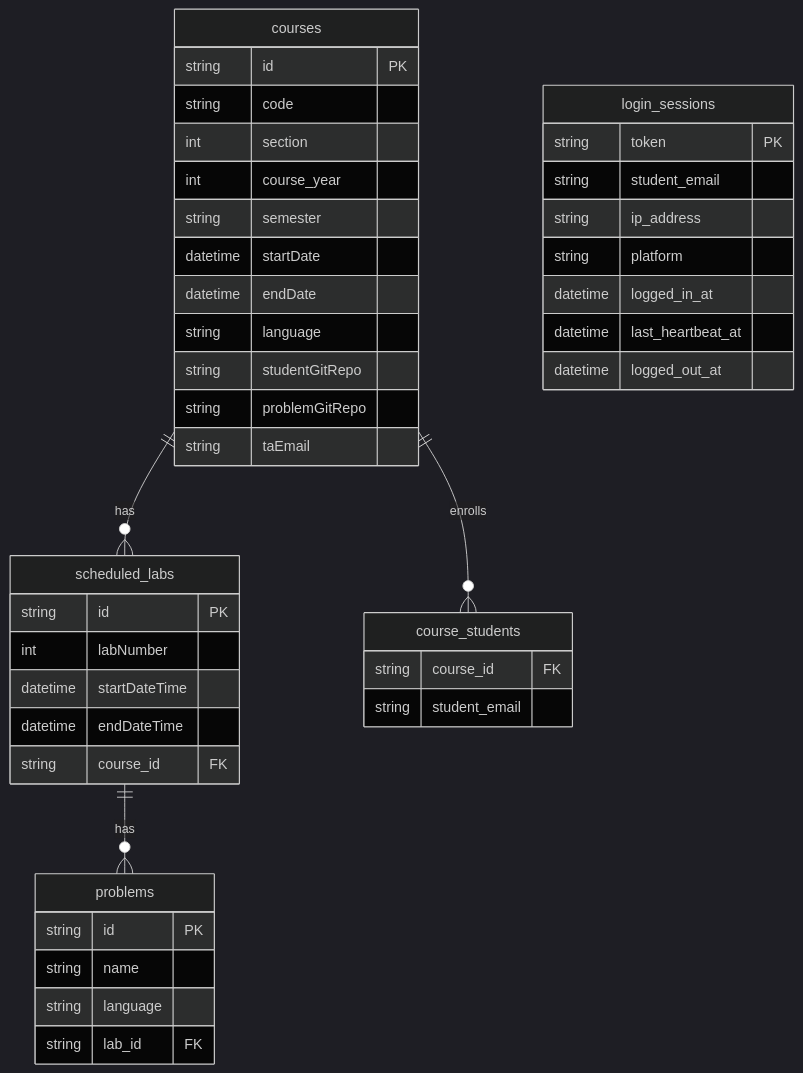
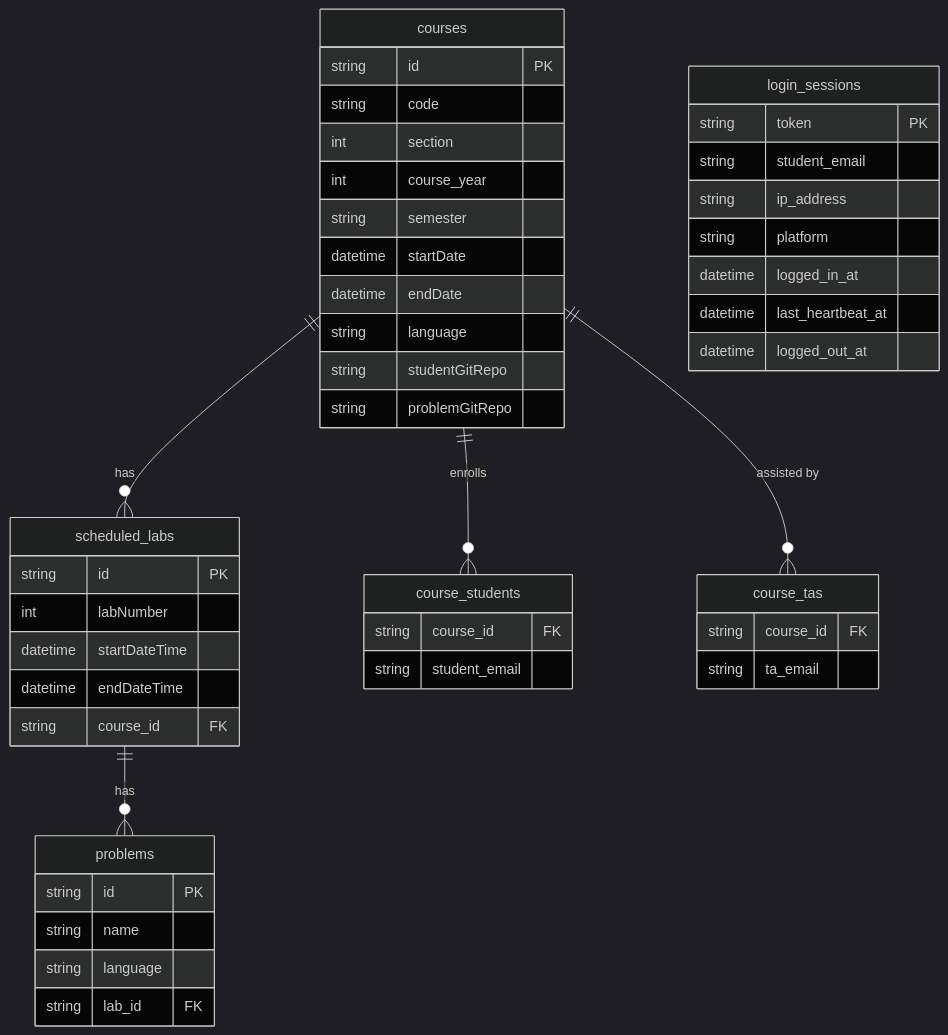
One commit to SJSU-CS-systems-group/cs30 changed the diagram in docs/internal/architecture/data-model.md. Above: the diagram before and after it, drawn with Mermaid (dark theme). The commit also changed other lines of this file and 28 other files, not shown here.

First line of the commit message:
Support multiple TAs per course section (#258)

````diff
--- a/docs/internal/architecture/data-model.md
+++ b/docs/internal/architecture/data-model.md
@@ -19,46 +19,50 @@
 ```mermaid
 erDiagram
   courses ||--o{ scheduled_labs : has
   scheduled_labs ||--o{ problems : has
   courses ||--o{ course_students : enrolls
+  courses ||--o{ course_tas : "assisted by"
 
   courses {
     string id PK
     string code
     int section
     int course_year
     string semester
     datetime startDate
     datetime endDate
     string language
     string studentGitRepo
     string problemGitRepo
-    string taEmail
   }
   scheduled_labs {
     string id PK
     int labNumber
     datetime startDateTime
     datetime endDateTime
     string course_id FK
   }
   problems {
     string id PK
     string name
     string language
     string lab_id FK
   }
   course_students {
     string course_id FK
     string student_email
   }
+  course_tas {
+    string course_id FK
+    string ta_email
+  }
   login_sessions {
     string token PK
     string student_email
     string ip_address
     string platform
     datetime logged_in_at
     datetime last_heartbeat_at
     datetime logged_out_at
   }
 ```
````
